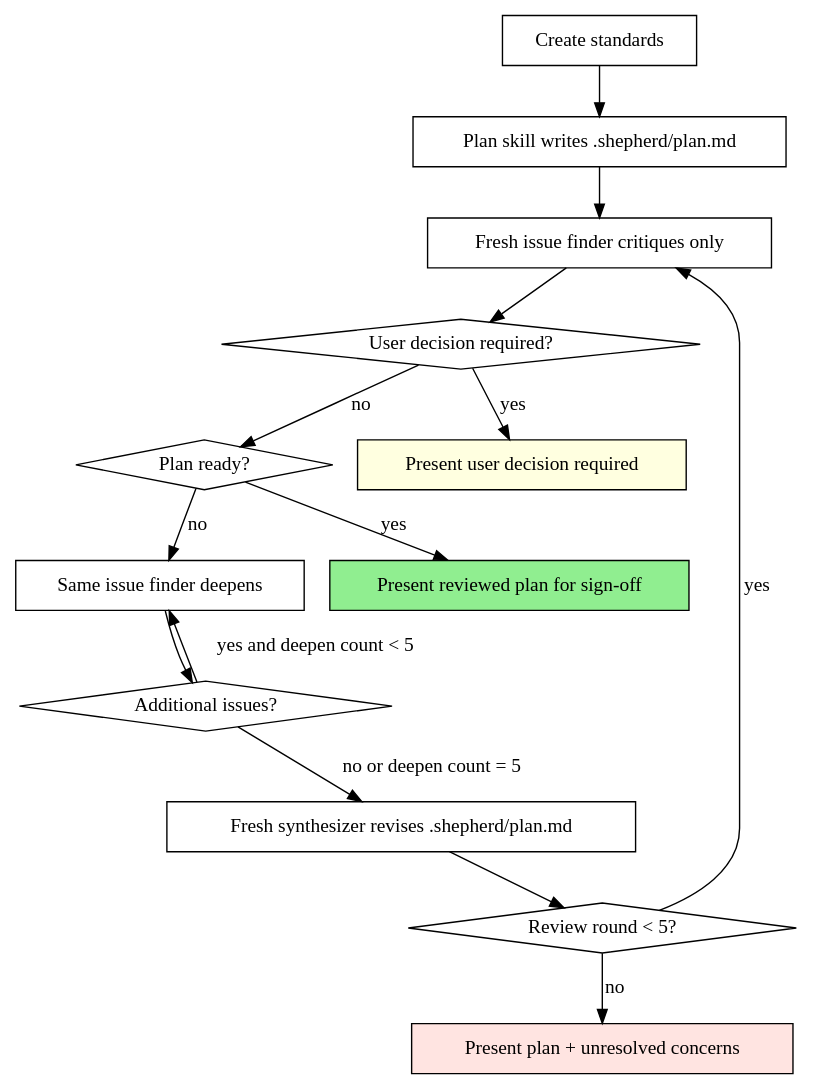
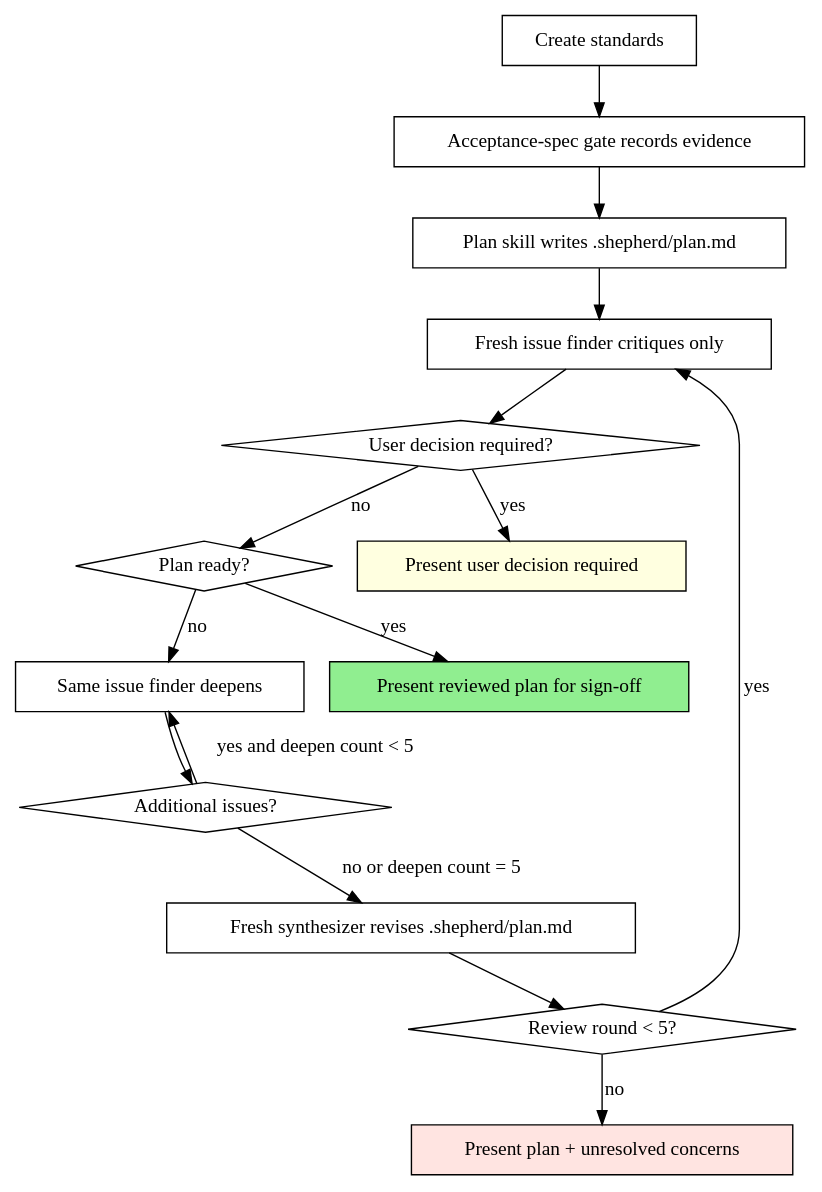
The first of 2 diagrams in skills/shepherd/SKILL.md (vadimcomanescu/agents-skills), drawn with Graphviz before and after one commit. The commit also changed other lines of this file and 12 other files, not shown here.

Commit message:
Add Shepherd acceptance mutation gate

````diff
--- a/skills/shepherd/SKILL.md
+++ b/skills/shepherd/SKILL.md
@@ -84,32 +107,34 @@
 ```dot
 digraph plan_review {
     rankdir=TB;
 
     "Create standards" [shape=box];
+    "Acceptance-spec gate records evidence" [shape=box];
     "Plan skill writes .shepherd/plan.md" [shape=box];
     "Fresh issue finder critiques only" [shape=box];
     "User decision required?" [shape=diamond];
     "Plan ready?" [shape=diamond];
     "Same issue finder deepens" [shape=box];
     "Additional issues?" [shape=diamond];
     "Fresh synthesizer revises .shepherd/plan.md" [shape=box];
     "Review round < 5?" [shape=diamond];
     "Present user decision required" [shape=box style=filled fillcolor=lightyellow];
     "Present reviewed plan for sign-off" [shape=box style=filled fillcolor=lightgreen];
     "Present plan + unresolved concerns" [shape=box style=filled fillcolor=mistyrose];
 
-    "Create standards" -> "Plan skill writes .shepherd/plan.md";
+    "Create standards" -> "Acceptance-spec gate records evidence";
+    "Acceptance-spec gate records evidence" -> "Plan skill writes .shepherd/plan.md";
     "Plan skill writes .shepherd/plan.md" -> "Fresh issue finder critiques only";
     "Fresh issue finder critiques only" -> "User decision required?";
     "User decision required?" -> "Present user decision required" [label="yes"];
     "User decision required?" -> "Plan ready?" [label="no"];
     "Plan ready?" -> "Present reviewed plan for sign-off" [label="yes"];
     "Plan ready?" -> "Same issue finder deepens" [label="no"];
     "Same issue finder deepens" -> "Additional issues?";
     "Additional issues?" -> "Same issue finder deepens" [label="yes and deepen count < 5"];
     "Additional issues?" -> "Fresh synthesizer revises .shepherd/plan.md" [label="no or deepen count = 5"];
     "Fresh synthesizer revises .shepherd/plan.md" -> "Review round < 5?";
     "Review round < 5?" -> "Fresh issue finder critiques only" [label="yes"];
     "Review round < 5?" -> "Present plan + unresolved concerns" [label="no"];
 }
 ```
````
